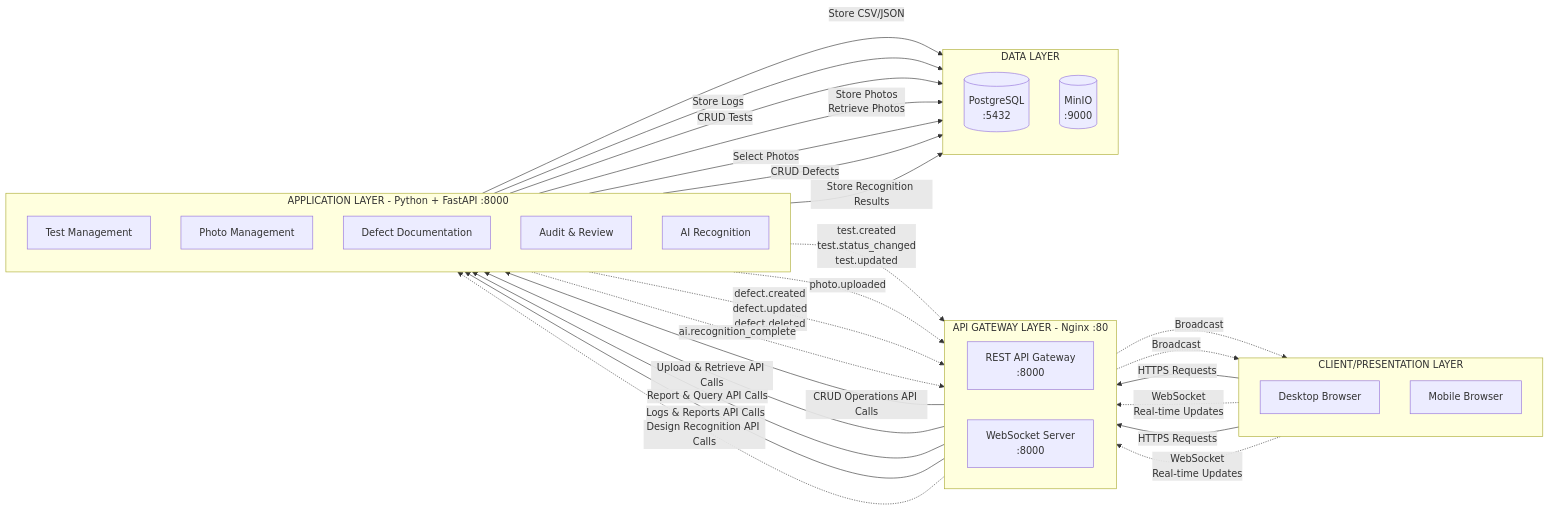
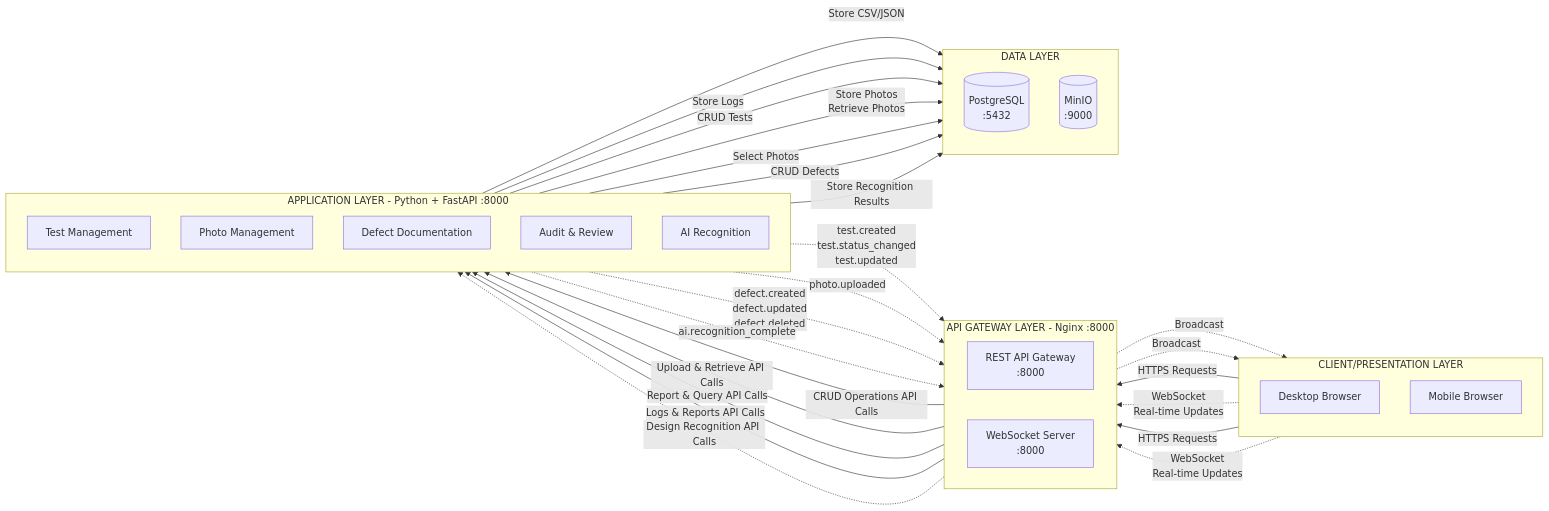
The diagram in docs/detailed_architecture.md (DominykasPivo/QC-Vision), drawn with Mermaid before and after one commit. The commit also changed 2 other files, not shown here.

Commit message:
Fixed API spec file type + spelling/typo fix
Changed API spec to a .md type. Fixed some typo's in spring 1 plan documentation

````diff
--- a/docs/detailed_architecture.md
+++ b/docs/detailed_architecture.md
@@ -5,58 +5,58 @@
 ```mermaid
 flowchart LR
     subgraph bottom_left CLIENT["CLIENT/PRESENTATION LAYER"]
         direction TB
         WEB["Desktop Browser"]
         MOBILE["Mobile Browser"]
     end
 
-    subgraph GATEWAY["API GATEWAY LAYER - Nginx :80"]
+    subgraph GATEWAY["API GATEWAY LAYER - Nginx :8000"]
         direction LR
         API["REST API Gateway<br/>:8000"]
         WS["WebSocket Server<br/> :8000"]
     end
 
     subgraph MONOLITH["APPLICATION LAYER - Python + FastAPI :8000"]
         direction TB
         TEST["Test Management"]
         PHOTO["Photo Management"]
         DEFECT["Defect Documentation"]
         AUDIT["Audit & Review"]
         AI["AI Recognition"]
     end
 
     subgraph DATA["DATA LAYER"]
         direction TB
         DB[("PostgreSQL<br/>:5432")]
         STORAGE[("MinIO<br/>:9000")]
     end
 
     WEB -->|"HTTPS Requests"| API
     WEB -.->|"WebSocket <br/>Real-time Updates"| WS
     MOBILE -->|"HTTPS Requests"| API
     MOBILE -.->|"WebSocket <br/>Real-time Updates"| WS
 
     API -->|"CRUD Operations API Calls"| TEST
     API -->|"Upload & Retrieve API Calls"| PHOTO
     API -->|"Report & Query API Calls"| DEFECT
     API -->|"Logs & Reports API Calls"| AUDIT
     API -.->|"Design Recognition API Calls"| AI
 
     TEST -.->|"test.created<br/>test.status_changed<br/>test.updated"| WS
     PHOTO -.->|"photo.uploaded"| WS
     DEFECT -.->|"defect.created<br/>defect.updated<br/>defect.deleted"| WS
     AI -.->|"ai.recognition_complete"| WS
 
     
     AUDIT -->|"Store CSV/JSON"| STORAGE
     AUDIT -->|"Store Logs"| DB
     TEST -->|"CRUD Tests"| DB
     PHOTO -->|"Store Photos<br/>Retrieve Photos"| STORAGE
     PHOTO -->|"Select Photos"| DB
     DEFECT -->|"CRUD Defects"| DB
     AI -->|"Store Recognition Results<br/>"| DB
 
     
     WS -.->|"Broadcast"| WEB
     WS -.->|"Broadcast"| MOBILE
 ```
````
